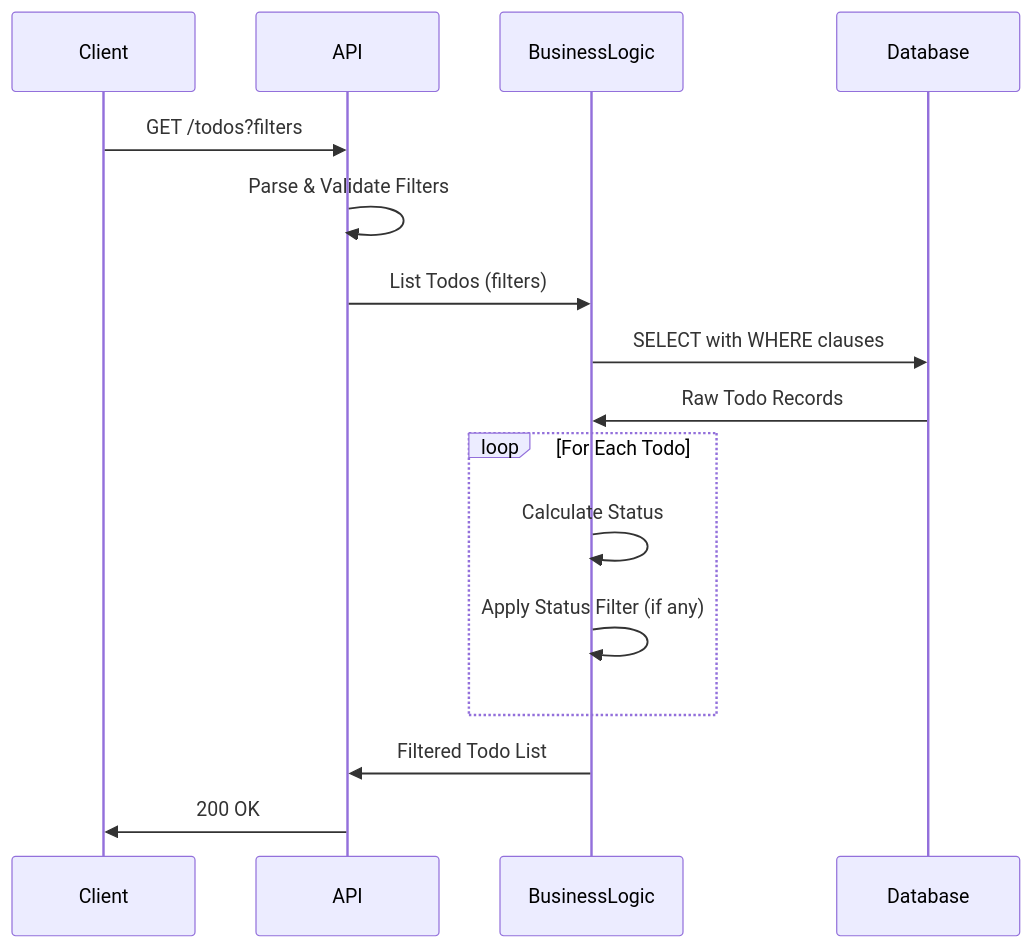
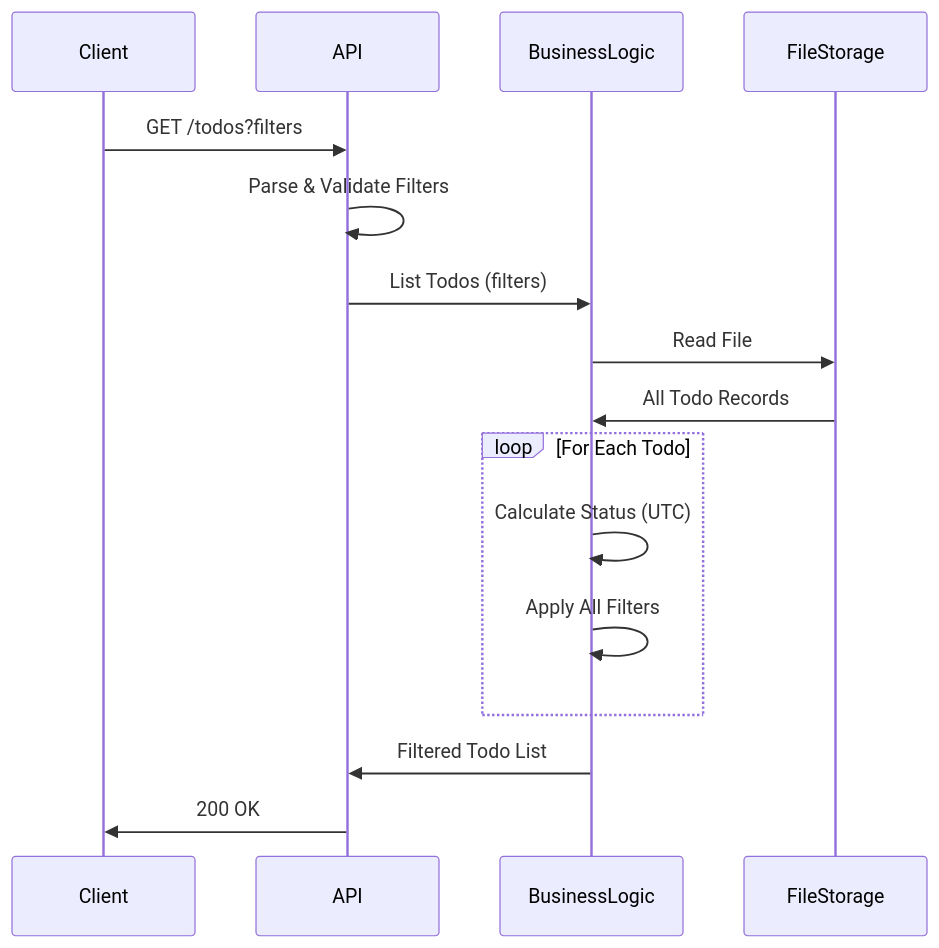
The ninth of 11 diagrams in todo-app/docs/design/hld.md (midearth-labs/web-agent-protocol), drawn with Mermaid before and after one commit. The commit also changed other lines of this file and 5 other files, not shown here.

````diff
--- a/todo-app/docs/design/hld.md
+++ b/todo-app/docs/design/hld.md
@@ -447,21 +509,21 @@
 ```mermaid
 sequenceDiagram
     participant Client
     participant API
     participant BusinessLogic
-    participant Database
+    participant FileStorage
     
     Client->>API: GET /todos?filters
     API->>API: Parse & Validate Filters
     API->>BusinessLogic: List Todos (filters)
-    BusinessLogic->>Database: SELECT with WHERE clauses
-    Database->>BusinessLogic: Raw Todo Records
+    BusinessLogic->>FileStorage: Read File
+    FileStorage->>BusinessLogic: All Todo Records
     
     loop For Each Todo
-        BusinessLogic->>BusinessLogic: Calculate Status
-        BusinessLogic->>BusinessLogic: Apply Status Filter (if any)
+        BusinessLogic->>BusinessLogic: Calculate Status (UTC)
+        BusinessLogic->>BusinessLogic: Apply All Filters
     end
     
     BusinessLogic->>API: Filtered Todo List
     API->>Client: 200 OK
 ```
````
